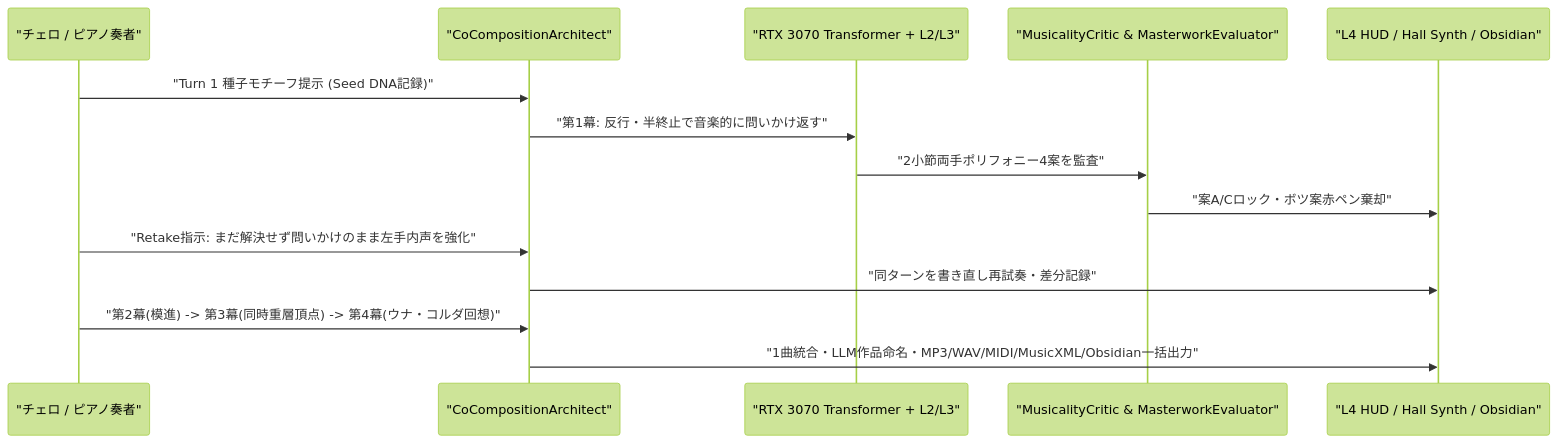
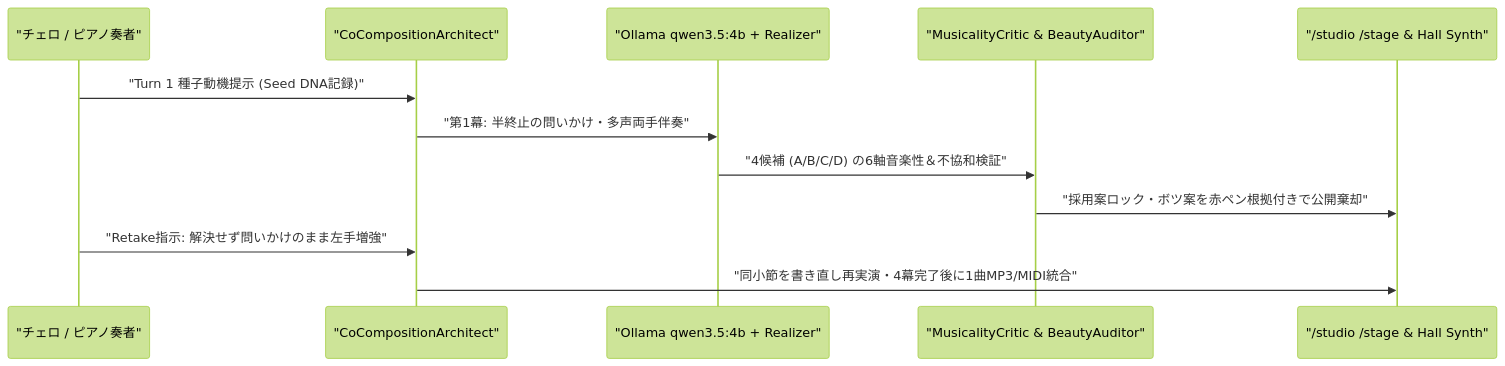
One commit to AI-Avalon/Disklavier-Auto changed the third of 4 diagrams in README.md. Above: the diagram before and after it, drawn with Mermaid (forest theme). The commit also changed other lines of this file and 216 other files, not shown here.

Commit message:
Overhaul composition engine, 100-piece library, 2-screen Studio/Stage GUI, GitHub Pages demo, and 3-round Playwright verification

````diff
--- a/README.md
+++ b/README.md
@@ -83,17 +95,15 @@
 ```mermaid
 sequenceDiagram
     participant Human as "チェロ / ピアノ奏者"
     participant Arch as "CoCompositionArchitect"
-    participant Model as "RTX 3070 Transformer + L2/L3"
-    participant Critic as "MusicalityCritic & MasterworkEvaluator"
-    participant Output as "L4 HUD / Hall Synth / Obsidian"
+    participant Engine as "Ollama qwen3.5:4b + Realizer"
+    participant Critic as "MusicalityCritic & BeautyAuditor"
+    participant Out as "/studio /stage & Hall Synth"
 
-    Human->>Arch: "Turn 1 種子モチーフ提示 (Seed DNA記録)"
-    Arch->>Model: "第1幕: 反行・半終止で音楽的に問いかけ返す"
-    Model->>Critic: "2小節両手ポリフォニー4案を監査"
-    Critic->>Output: "案A/Cロック・ボツ案赤ペン棄却"
-    Human->>Arch: "Retake指示: まだ解決せず問いかけのまま左手内声を強化"
-    Arch->>Output: "同ターンを書き直し再試奏・差分記録"
-    Human->>Arch: "第2幕(模進) -> 第3幕(同時重層頂点) -> 第4幕(ウナ・コルダ回想)"
-    Arch->>Output: "1曲統合・LLM作品命名・MP3/WAV/MIDI/MusicXML/Obsidian一括出力"
+    Human->>Arch: "Turn 1 種子動機提示 (Seed DNA記録)"
+    Arch->>Engine: "第1幕: 半終止の問いかけ・多声両手伴奏"
+    Engine->>Critic: "4候補 (A/B/C/D) の6軸音楽性＆不協和検証"
+    Critic->>Out: "採用案ロック・ボツ案を赤ペン根拠付きで公開棄却"
+    Human->>Arch: "Retake指示: 解決せず問いかけのまま左手増強"
+    Arch->>Out: "同小節を書き直し再実演・4幕完了後に1曲MP3/MIDI統合"
 ```
````
